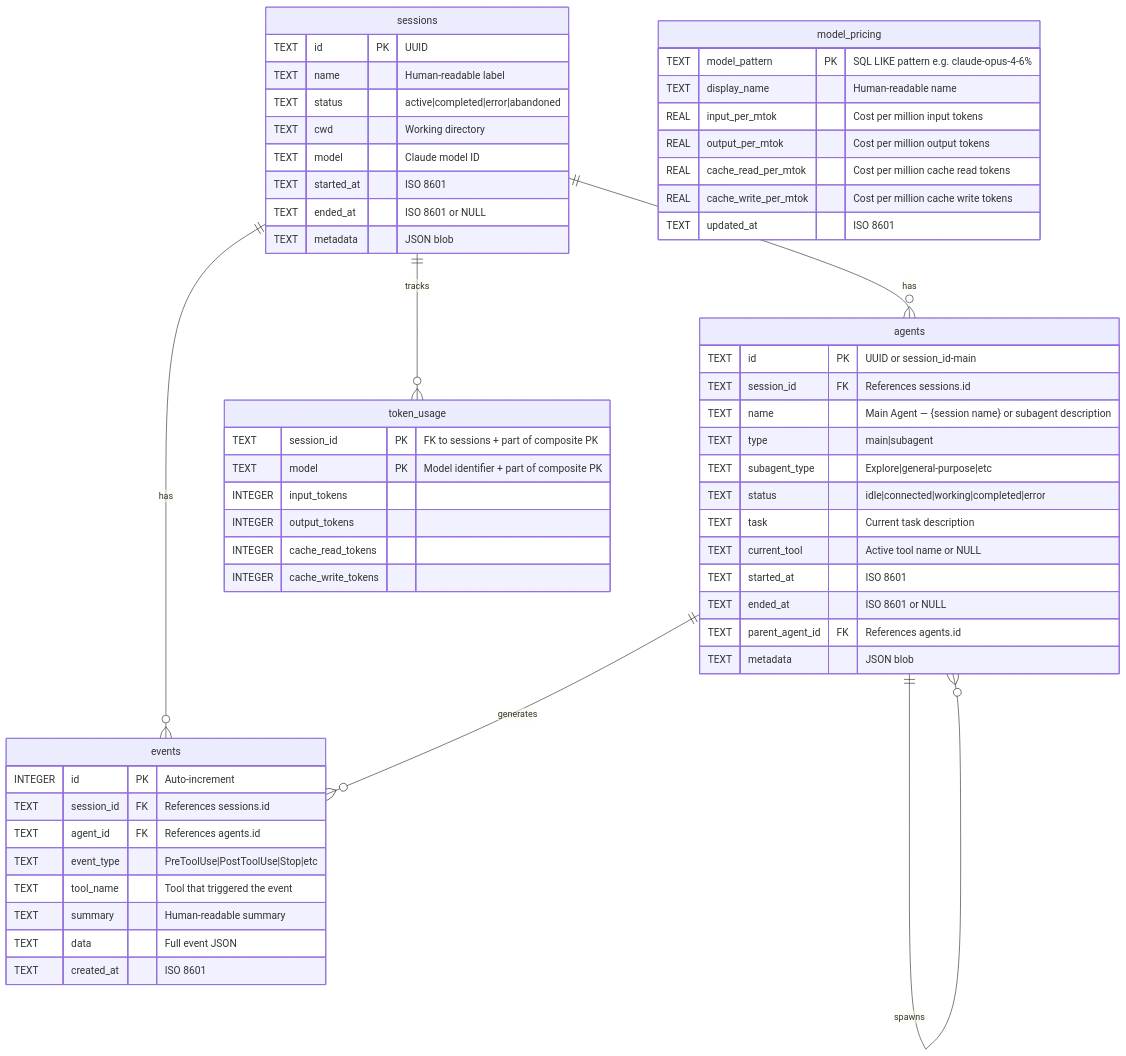
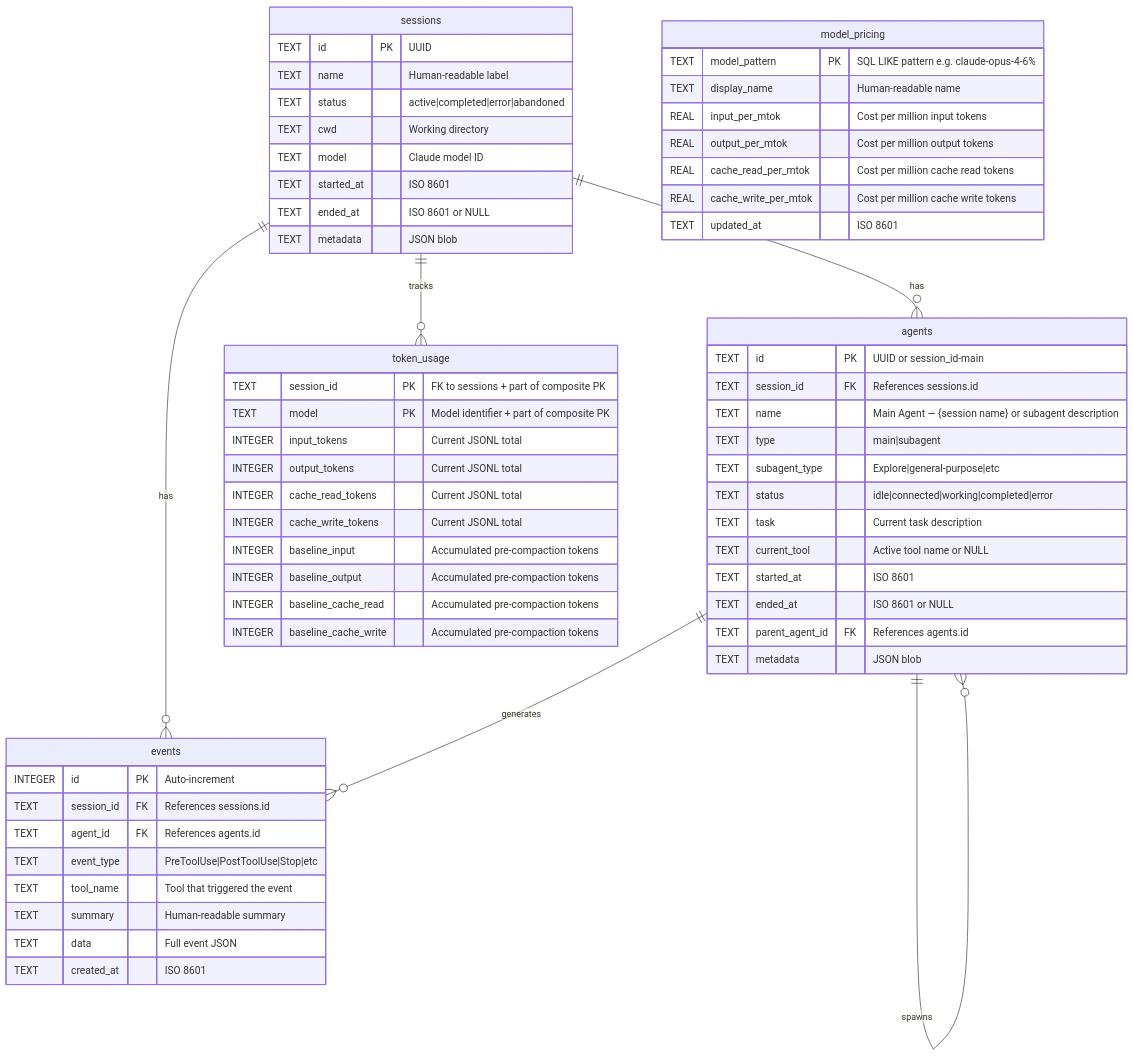
One commit to mirkanu/gsd-dashboard changed the tenth of 22 diagrams in ARCHITECTURE.md. Above: the diagram before and after it, drawn with Mermaid. The commit also changed other lines of this file and 11 other files, not shown here.

````diff
--- a/ARCHITECTURE.md
+++ b/ARCHITECTURE.md
@@ -423,64 +423,68 @@
 ```mermaid
 erDiagram
     sessions ||--o{ agents : has
     sessions ||--o{ events : has
     sessions ||--o{ token_usage : tracks
     agents ||--o{ events : generates
     agents ||--o{ agents : spawns
 
     sessions {
         TEXT id PK "UUID"
         TEXT name "Human-readable label"
         TEXT status "active|completed|error|abandoned"
         TEXT cwd "Working directory"
         TEXT model "Claude model ID"
         TEXT started_at "ISO 8601"
         TEXT ended_at "ISO 8601 or NULL"
         TEXT metadata "JSON blob"
     }
 
     agents {
         TEXT id PK "UUID or session_id-main"
         TEXT session_id FK "References sessions.id"
         TEXT name "Main Agent — {session name} or subagent description"
         TEXT type "main|subagent"
         TEXT subagent_type "Explore|general-purpose|etc"
         TEXT status "idle|connected|working|completed|error"
         TEXT task "Current task description"
         TEXT current_tool "Active tool name or NULL"
         TEXT started_at "ISO 8601"
         TEXT ended_at "ISO 8601 or NULL"
         TEXT parent_agent_id FK "References agents.id"
         TEXT metadata "JSON blob"
     }
 
     events {
         INTEGER id PK "Auto-increment"
         TEXT session_id FK "References sessions.id"
         TEXT agent_id FK "References agents.id"
         TEXT event_type "PreToolUse|PostToolUse|Stop|etc"
         TEXT tool_name "Tool that triggered the event"
         TEXT summary "Human-readable summary"
         TEXT data "Full event JSON"
         TEXT created_at "ISO 8601"
     }
 
     token_usage {
         TEXT session_id PK "FK to sessions + part of composite PK"
         TEXT model PK "Model identifier + part of composite PK"
-        INTEGER input_tokens
-        INTEGER output_tokens
-        INTEGER cache_read_tokens
-        INTEGER cache_write_tokens
+        INTEGER input_tokens "Current JSONL total"
+        INTEGER output_tokens "Current JSONL total"
+        INTEGER cache_read_tokens "Current JSONL total"
+        INTEGER cache_write_tokens "Current JSONL total"
+        INTEGER baseline_input "Accumulated pre-compaction tokens"
+        INTEGER baseline_output "Accumulated pre-compaction tokens"
+        INTEGER baseline_cache_read "Accumulated pre-compaction tokens"
+        INTEGER baseline_cache_write "Accumulated pre-compaction tokens"
     }
 
     model_pricing {
         TEXT model_pattern PK "SQL LIKE pattern e.g. claude-opus-4-6%"
         TEXT display_name "Human-readable name"
         REAL input_per_mtok "Cost per million input tokens"
         REAL output_per_mtok "Cost per million output tokens"
         REAL cache_read_per_mtok "Cost per million cache read tokens"
         REAL cache_write_per_mtok "Cost per million cache write tokens"
         TEXT updated_at "ISO 8601"
     }
 ```
````
